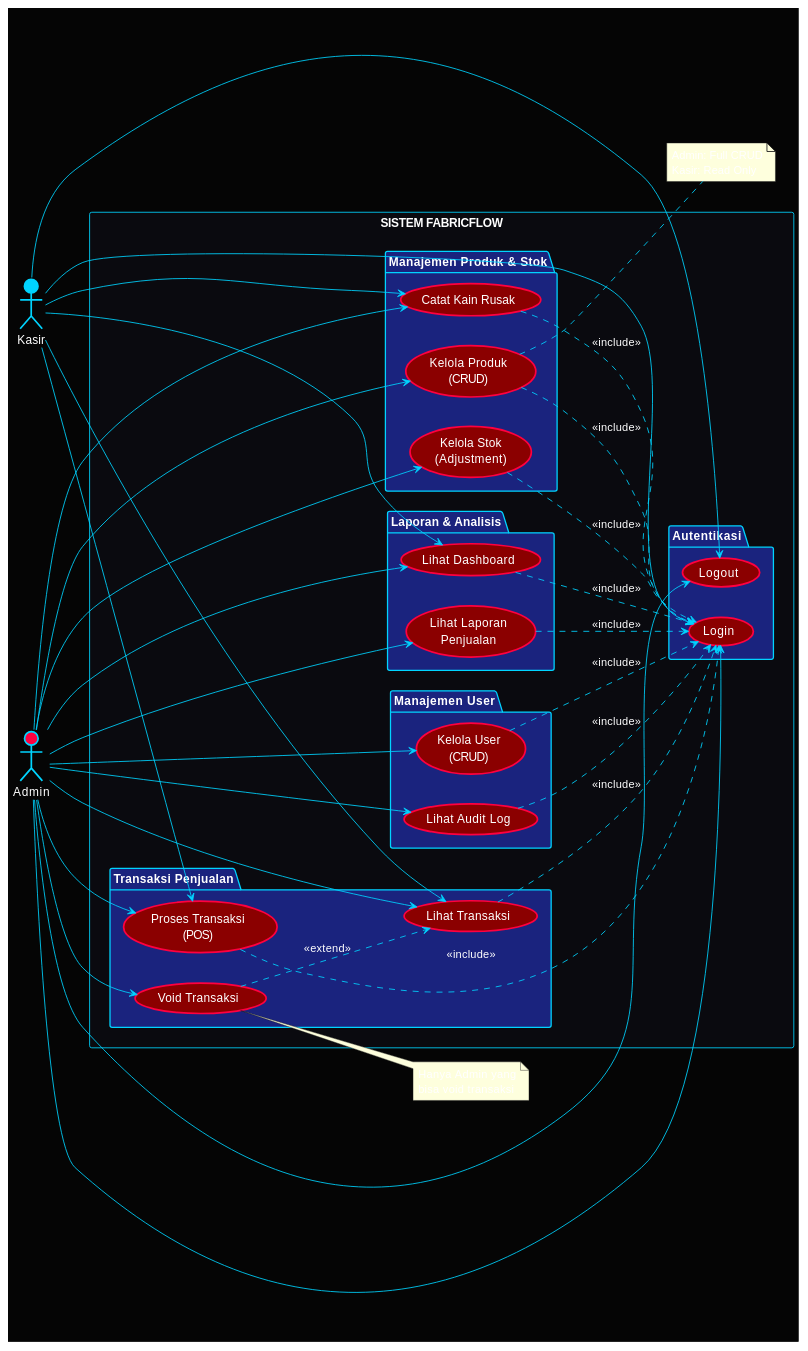
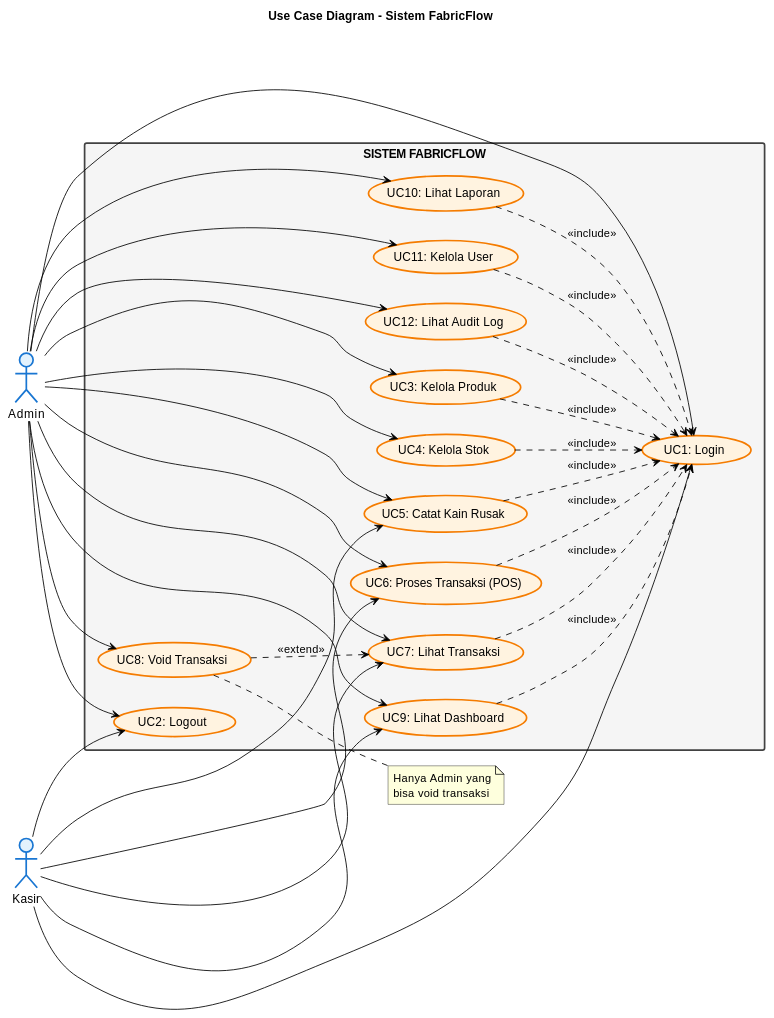
The first of 4 diagrams in tugas_uas/bagian_5.md (zeen-lien/felina), drawn with PlantUML before and after one commit. The commit also changed other lines of this file and 2 other files, not shown here.

Commit message:
fix: Improve all diagrams - white background, remove Mermaid, better layout for Word/print

````diff
--- a/tugas_uas/bagian_5.md
+++ b/tugas_uas/bagian_5.md
@@ -48,50 +48,49 @@
 ```plantuml
 @startuml
+skinparam backgroundColor #FFFFFF
+skinparam defaultFontColor #000000
+skinparam shadowing false
+skinparam ArrowColor #000000
+
+skinparam actor {
+    BackgroundColor #E3F2FD
+    BorderColor #1976D2
+    BorderThickness 2
+}
+
+skinparam usecase {
+    BackgroundColor #FFF3E0
+    BorderColor #F57C00
+    BorderThickness 2
+}
+
+skinparam rectangle {
+    BackgroundColor #F5F5F5
+    BorderColor #424242
+    BorderThickness 2
+}
+
+title Use Case Diagram - Sistem FabricFlow
+
 left to right direction
 
-skinparam backgroundColor #050505
-skinparam actorBackgroundColor #1a237e
-skinparam actorBorderColor #00d4ff
-skinparam actorBorderThickness 2
-skinparam usecaseBackgroundColor #8B0000
-skinparam usecaseBorderColor #ff0040
-skinparam usecaseBorderThickness 2
-skinparam packageBackgroundColor #0a0a0f
-skinparam packageBorderColor #00d4ff
-skinparam arrowColor #00d4ff
-skinparam defaultFontColor #ffffff
-
-actor "Admin" as admin #ff0040
-actor "Kasir" as kasir #00d4ff
+actor "Admin" as admin
+actor "Kasir" as kasir
 
 rectangle "SISTEM FABRICFLOW" {
   
-  package "Autentikasi" #1a237e {
-    usecase "Login" as UC1
-    usecase "Logout" as UC2
-  }
-  
-  package "Manajemen Produk & Stok" #1a237e {
-    usecase "Kelola Produk\n(CRUD)" as UC3
-    usecase "Kelola Stok\n(Adjustment)" as UC4
-    usecase "Catat Kain Rusak" as UC5
-  }
-  
-  package "Transaksi Penjualan" #1a237e {
-    usecase "Proses Transaksi\n(POS)" as UC6
-    usecase "Lihat Transaksi" as UC7
-    usecase "Void Transaksi" as UC8
-  }
-  
-  package "Laporan & Analisis" #1a237e {
-    usecase "Lihat Dashboard" as UC9
-    usecase "Lihat Laporan\nPenjualan" as UC10
-  }
-  
-  package "Manajemen User" #1a237e {
-    usecase "Kelola User\n(CRUD)" as UC11
-    usecase "Lihat Audit Log" as UC12
-  }
+  usecase "UC1: Login" as UC1
+  usecase "UC2: Logout" as UC2
+  usecase "UC3: Kelola Produk" as UC3
+  usecase "UC4: Kelola Stok" as UC4
+  usecase "UC5: Catat Kain Rusak" as UC5
+  usecase "UC6: Proses Transaksi (POS)" as UC6
+  usecase "UC7: Lihat Transaksi" as UC7
+  usecase "UC8: Void Transaksi" as UC8
+  usecase "UC9: Lihat Dashboard" as UC9
+  usecase "UC10: Lihat Laporan" as UC10
+  usecase "UC11: Kelola User" as UC11
+  usecase "UC12: Lihat Audit Log" as UC12
 }
 
 ' Admin connections
@@ -135,10 +134,5 @@
   bisa void transaksi
 end note
 
-note right of UC3
-  Admin: Full CRUD
-  Kasir: Read Only
-end note
-
 @enduml
 ```
````
